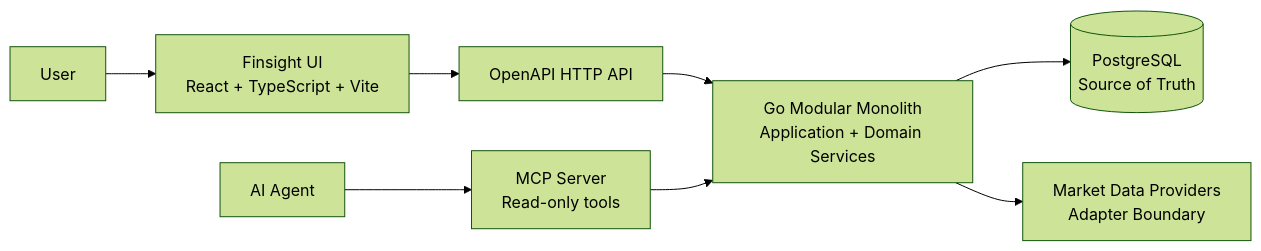
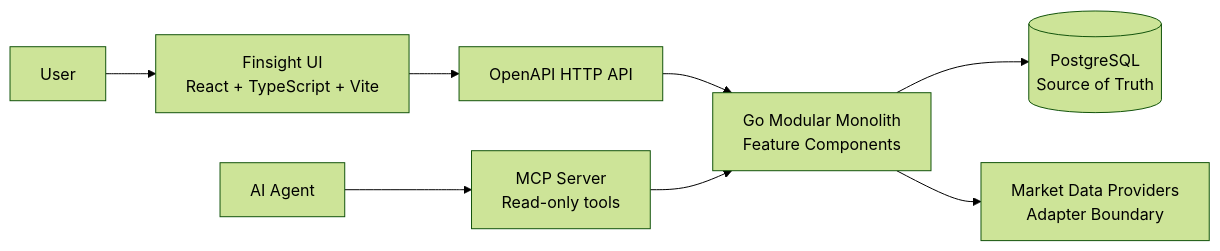
Before and after one commit to finsight-org/finsight: the first of 4 diagrams in docs/architecture.md, drawn with Mermaid (forest theme). The commit also changed other lines of this file and 35 other files, not shown here.

````diff
--- a/docs/architecture.md
+++ b/docs/architecture.md
@@ -34,22 +34,22 @@
 ```mermaid
 flowchart LR
     User[User]
     Agent[AI Agent]
 
     UI[Finsight UI<br/>React + TypeScript + Vite]
     API[OpenAPI HTTP API]
     MCP[MCP Server<br/>Read-only tools]
-    App[Go Modular Monolith<br/>Application + Domain Services]
+    App[Go Modular Monolith<br/>Feature Components]
     DB[(PostgreSQL<br/>Source of Truth)]
     Provider[Market Data Providers<br/>Adapter Boundary]
 
     User --> UI
     UI --> API
     API --> App
 
     Agent --> MCP
     MCP --> App
 
     App --> DB
     App --> Provider
 ```
````
